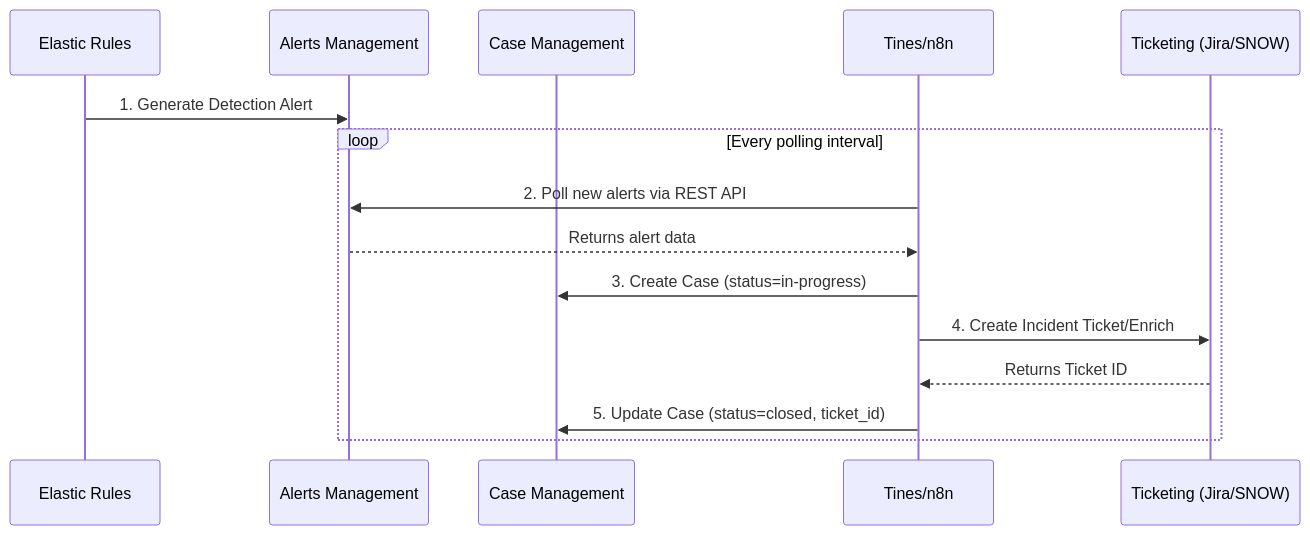
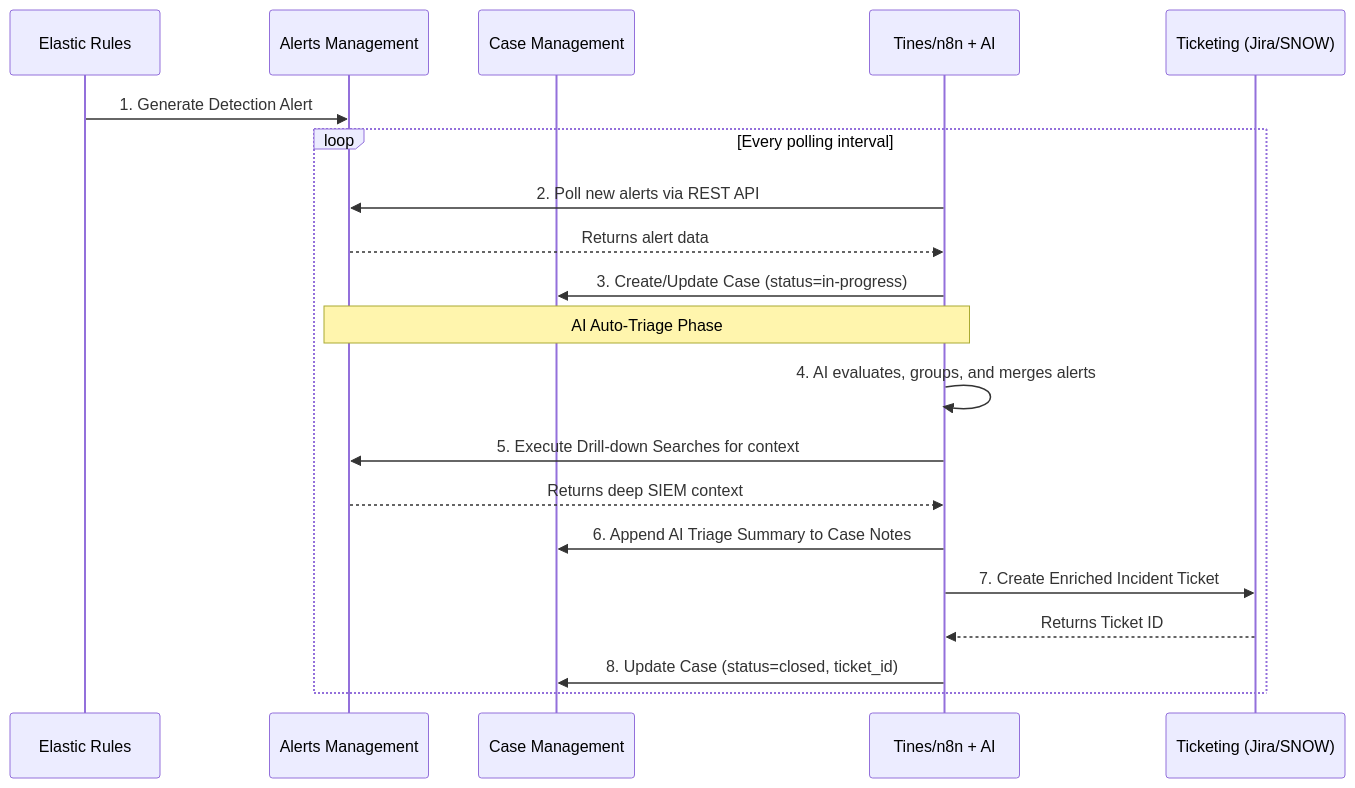
Before and after one commit to getkub/watchtower: the diagram in docs/design/elastic/data_flow.md, drawn with Mermaid. The commit also changed other lines of this file and 10 other files, not shown here.

````diff
--- a/docs/design/elastic/data_flow.md
+++ b/docs/design/elastic/data_flow.md
@@ -3,18 +3,25 @@
 ```mermaid
 sequenceDiagram
     participant E as Elastic Rules
     participant A as Alerts Management
     participant C as Case Management
-    participant T as Tines/n8n
+    participant T as Tines/n8n + AI
     participant D as Ticketing (Jira/SNOW)
 
     E->>A: 1. Generate Detection Alert
     loop Every polling interval
         T->>A: 2. Poll new alerts via REST API
         A-->>T: Returns alert data
-        T->>C: 3. Create Case (status=in-progress)
-        T->>D: 4. Create Incident Ticket/Enrich
+        T->>C: 3. Create/Update Case (status=in-progress)
+        
+        Note over A,T: AI Auto-Triage Phase
+        T->>T: 4. AI evaluates, groups, and merges alerts
+        T->>A: 5. Execute Drill-down Searches for context
+        A-->>T: Returns deep SIEM context
+        T->>C: 6. Append AI Triage Summary to Case Notes
+        
+        T->>D: 7. Create Enriched Incident Ticket
         D-->>T: Returns Ticket ID
-        T->>C: 5. Update Case (status=closed, ticket_id)
+        T->>C: 8. Update Case (status=closed, ticket_id)
     end
 ```
````
